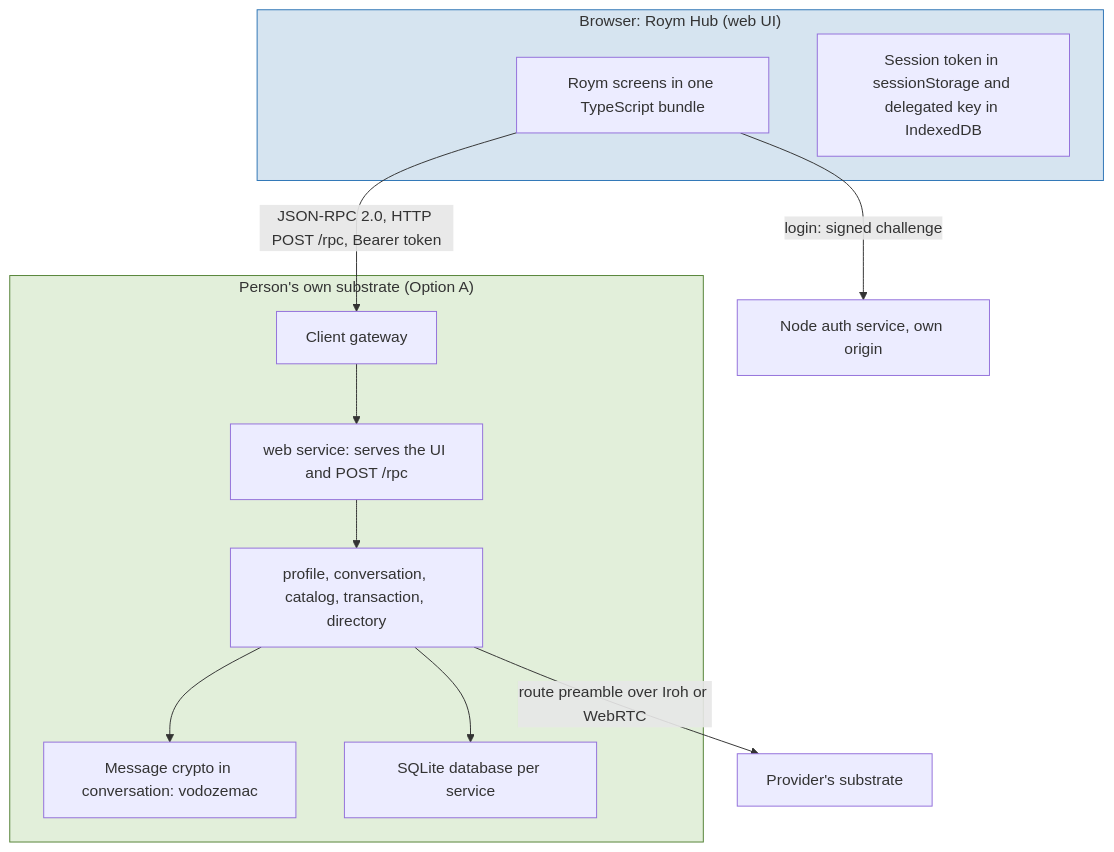
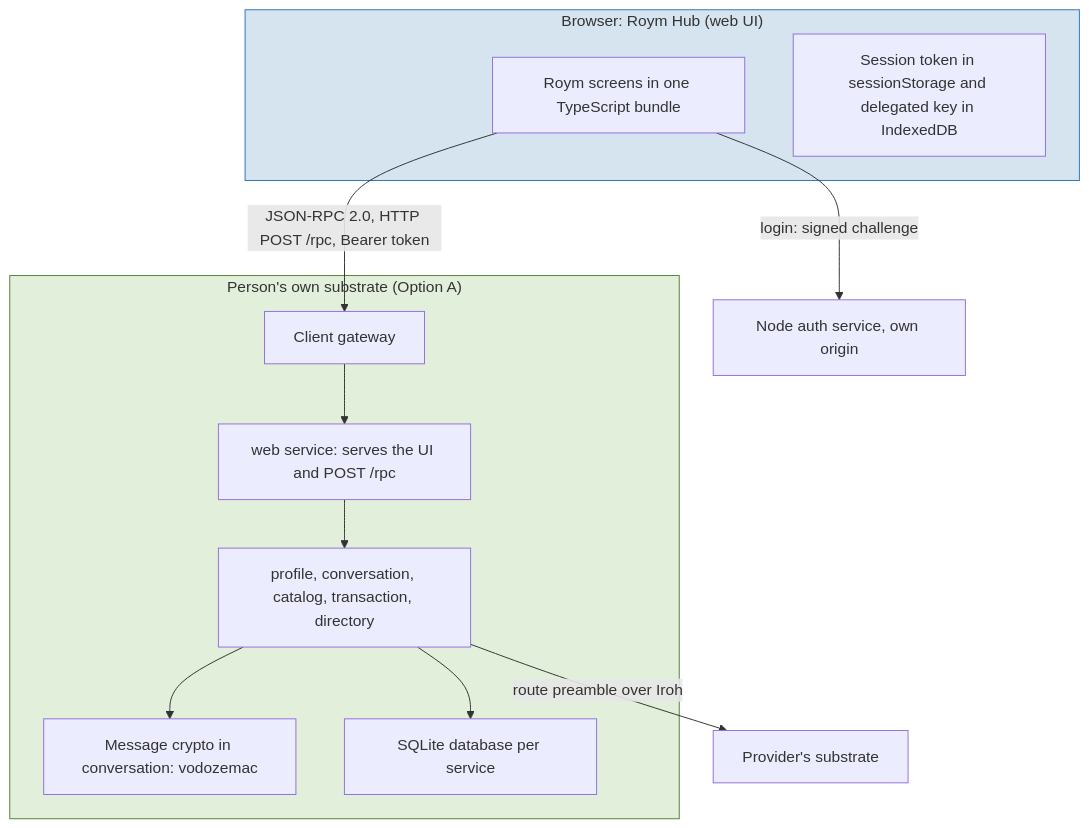
Diagram 20 of 23 in docs/system-architecture.md (syneroym/syneroym), drawn with Mermaid before and after one commit. The commit also changed other lines of this file and 3 other files, not shown here.

First line of the commit message:
docs(architecture): fix stage 2 findings S6

````diff
--- a/docs/system-architecture.md
+++ b/docs/system-architecture.md
@@ -1353,28 +1353,28 @@
 ```mermaid
 flowchart TD
     subgraph BROWSER["Browser: Roym Hub (web UI)"]
         UI[Roym screens in one TypeScript bundle]
         SESSION[Session token in sessionStorage and delegated key in IndexedDB]
     end
 
     subgraph OWN_NODE["Person's own substrate (Option A)"]
         GW[Client gateway]
         WEB[web service: serves the UI and POST /rpc]
         SERVICES[profile, conversation, catalog, transaction, directory]
         CRYPTO[Message crypto in conversation: vodozemac]
         DATA[SQLite database per service]
     end
 
     AUTH[Node auth service, own origin]
     PROVIDER_NODE[Provider's substrate]
 
     UI -->|"JSON-RPC 2.0, HTTP POST /rpc, Bearer token"| GW
     UI -->|"login: signed challenge"| AUTH
     GW --> WEB --> SERVICES
     SERVICES --> CRYPTO
     SERVICES --> DATA
-    SERVICES -->|"route preamble over Iroh or WebRTC"| PROVIDER_NODE
+    SERVICES -->|"route preamble over Iroh"| PROVIDER_NODE
 
     style BROWSER fill:#D6E4F0,stroke:#2E75B6
     style OWN_NODE fill:#E2EFDA,stroke:#548235
 ```
````
